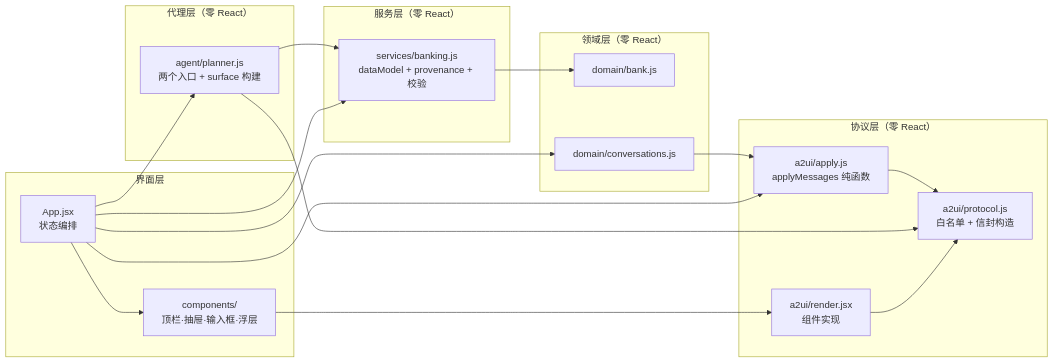
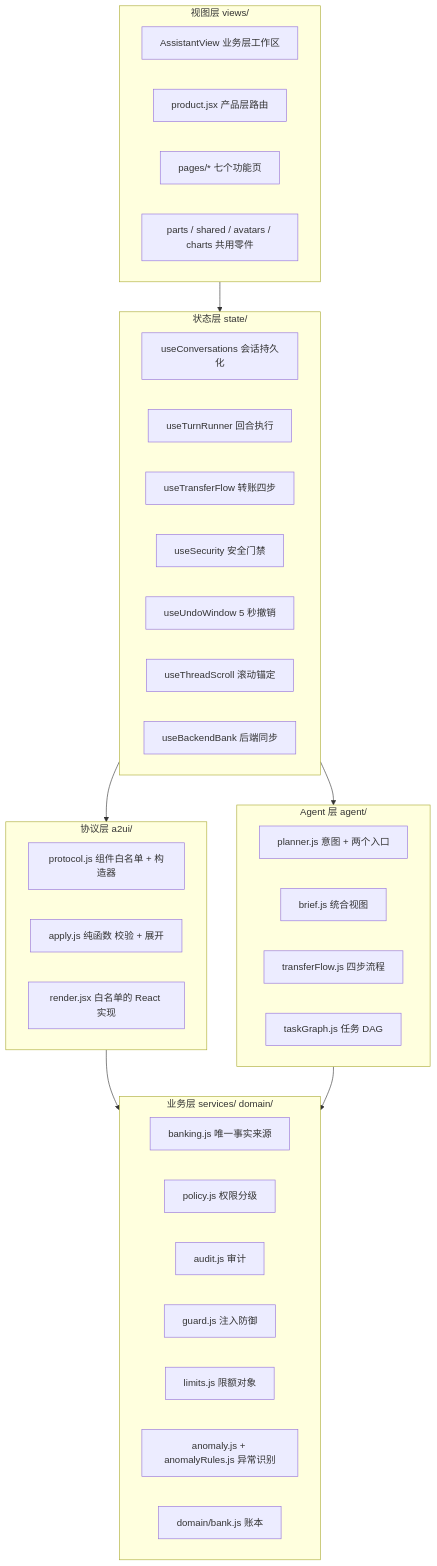
The third of 33 diagrams in doc/ARCHITECTURE.md (weiqing010305-art/bk-agent), drawn with Mermaid before and after one commit. The commit also changed other lines of this file and 5 other files, not shown here.

First line of the commit message:
docs: 架构文档全文重写 —— 33 张 Mermaid 渲染图，全部经真实解析器验证

````diff
--- a/doc/ARCHITECTURE.md
+++ b/doc/ARCHITECTURE.md
@@ -43,35 +137,48 @@
 ```mermaid
-flowchart LR
-    subgraph UI["界面层"]
-        APP["App.jsx<br/>状态编排"]
-        CMP["components/<br/>顶栏·抽屉·输入框·浮层"]
-    end
-    subgraph PROTO["协议层（零 React）"]
-        PR["a2ui/protocol.js<br/>白名单 + 信封构造"]
-        AP["a2ui/apply.js<br/>applyMessages 纯函数"]
-        RD["a2ui/render.jsx<br/>组件实现"]
-    end
-    subgraph AGENT["代理层（零 React）"]
-        PL["agent/planner.js<br/>两个入口 + surface 构建"]
-    end
-    subgraph SVC["服务层（零 React）"]
-        BK["services/banking.js<br/>dataModel + provenance + 校验"]
-    end
-    subgraph DOM["领域层（零 React）"]
-        DB["domain/bank.js"]
-        DC["domain/conversations.js"]
+flowchart TB
+    subgraph VIEW["视图层 views/"]
+        AV["AssistantView 业务层工作区"]
+        PV["product.jsx 产品层路由"]
+        PG["pages/* 七个功能页"]
+        PT["parts / shared / avatars / charts 共用零件"]
     end
 
-    APP --> CMP
-    APP --> PL
-    APP --> AP
-    APP --> BK
-    APP --> DC
-    CMP --> RD
-    RD --> PR
-    PL --> PR
-    PL --> BK
-    AP --> PR
-    BK --> DB
-    DC --> AP
+    subgraph STATE["状态层 state/"]
+        S1["useConversations 会话持久化"]
+        S2["useTurnRunner 回合执行"]
+        S3["useTransferFlow 转账四步"]
+        S4["useSecurity 安全门禁"]
+        S5["useUndoWindow 5 秒撤销"]
+        S6["useThreadScroll 滚动锚定"]
+        S7["useBackendBank 后端同步"]
+    end
+
+    subgraph A2UIL["协议层 a2ui/"]
+        A1["protocol.js 组件白名单 + 构造器"]
+        A2["apply.js 纯函数 校验 + 展开"]
+        A3["render.jsx 白名单的 React 实现"]
+    end
+
+    subgraph AGENTL["Agent 层 agent/"]
+        G1["planner.js 意图 + 两个入口"]
+        G2["brief.js 统合视图"]
+        G3["transferFlow.js 四步流程"]
+        G4["taskGraph.js 任务 DAG"]
+    end
+
+    subgraph SVCL["业务层 services/ domain/"]
+        V1["banking.js 唯一事实来源"]
+        V2["policy.js 权限分级"]
+        V3["audit.js 审计"]
+        V4["guard.js 注入防御"]
+        V5["limits.js 限额对象"]
+        V6["anomaly.js + anomalyRules.js 异常识别"]
+        V7["domain/bank.js 账本"]
+    end
+
+    VIEW --> STATE
+    STATE --> A2UIL
+    STATE --> AGENTL
+    A2UIL --> SVCL
+    AGENTL --> SVCL
 ```
````
